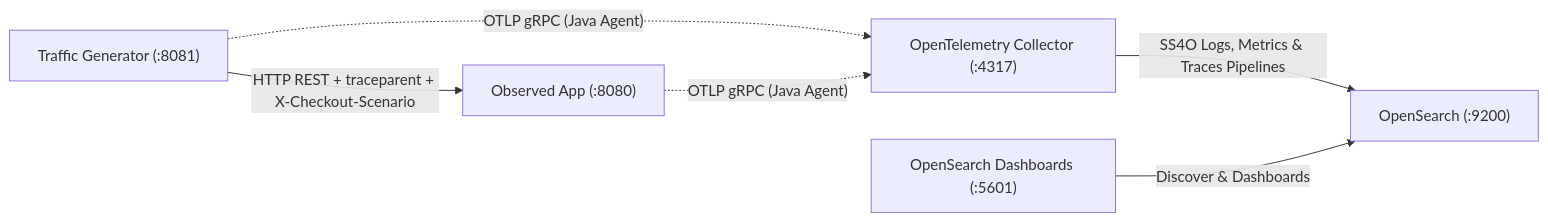
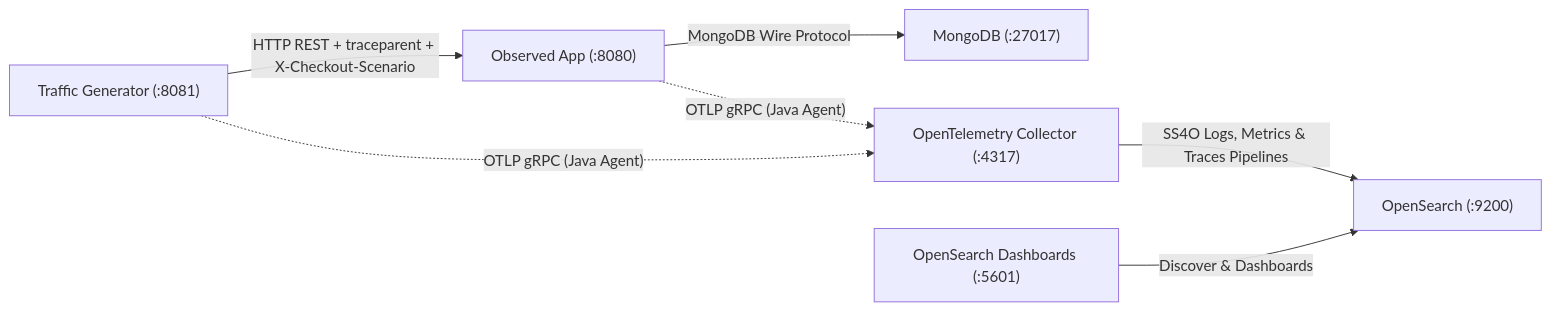
One commit to PawelBalcerek/observe-it changed the diagram in README.md. Above: the diagram before and after it, drawn with Mermaid. The commit also changed other lines of this file and 13 other files, not shown here.

````diff
--- a/README.md
+++ b/README.md
@@ -22,8 +22,9 @@
 ```mermaid
 flowchart LR
   TG["Traffic Generator (:8081)"] -->|"HTTP REST + traceparent + X-Checkout-Scenario"| OA["Observed App (:8080)"]
+  OA -->|"MongoDB Wire Protocol"| MDB["MongoDB (:27017)"]
   TG -.->|"OTLP gRPC (Java Agent)"| OC["OpenTelemetry Collector (:4317)"]
   OA -.->|"OTLP gRPC (Java Agent)"| OC
   OC -->|"SS4O Logs, Metrics & Traces Pipelines"| OS["OpenSearch (:9200)"]
   OSD["OpenSearch Dashboards (:5601)"] -->|"Discover & Dashboards"| OS
 ```
````
